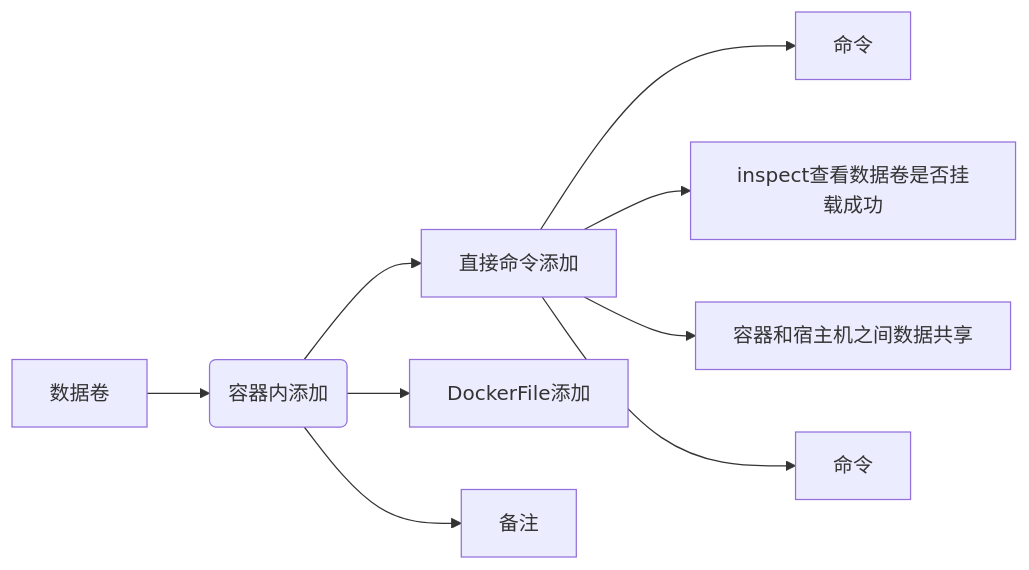
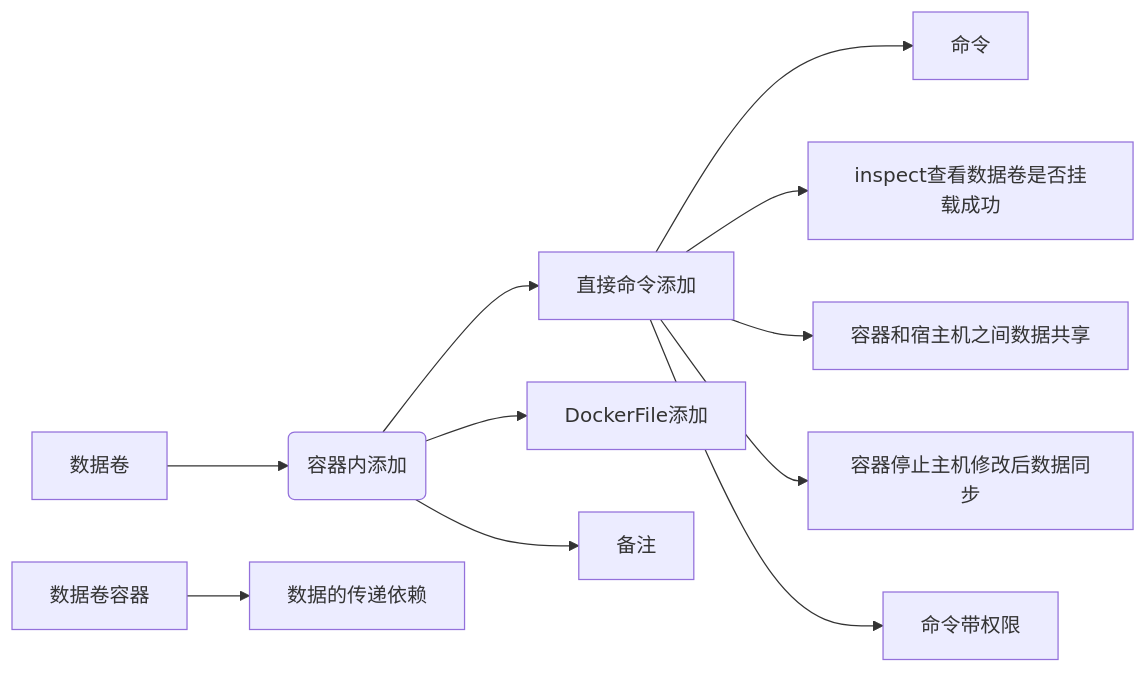
Before and after one commit to kidari/md: the diagram in linux/centos.md, drawn with Mermaid. The commit also changed other lines of this file and 2 other files, not shown here.

````diff
--- a/linux/centos.md
+++ b/linux/centos.md
@@ -432,12 +437,16 @@
 ```mermaid
 graph LR
-A[数据卷] -->B(容器内添加)
-    B -->D[直接命令添加]
-    	D -->D1[命令]
-    	D -->D2[inspect查看数据卷是否挂载成功]
-    	D -->D3[容器和宿主机之间数据共享]
-    	D -->D4[命令]
-    B -->E[DockerFile添加]
-    B -->F[备注]
+O[数据卷] -->B1(容器内添加)
+    B1 -->D[直接命令添加]
+        D -->D1[命令]
+        D -->D2[inspect查看数据卷是否挂载成功]
+        D -->D3[容器和宿主机之间数据共享]
+        D -->D4[容器停止主机修改后数据同步]
+       	D -->D5[命令带权限] 
+        
+    B1 -->E[DockerFile添加]
+    B1 -->F[备注]
+    
+P[数据卷容器] -->B2[数据的传递依赖]
 
 ```
````
